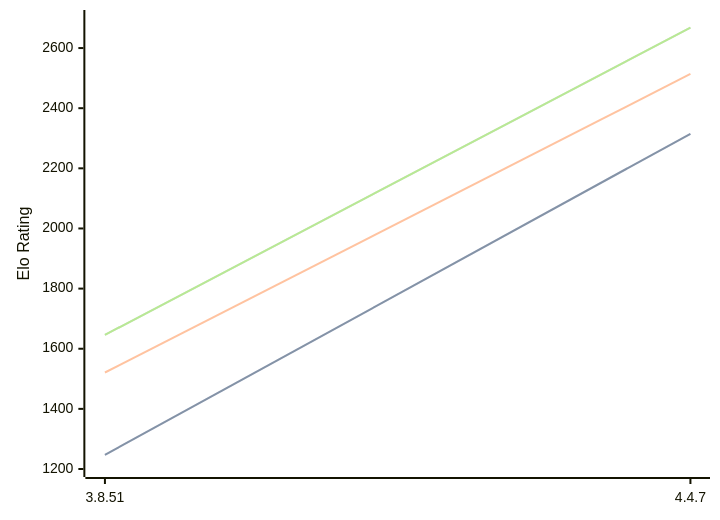
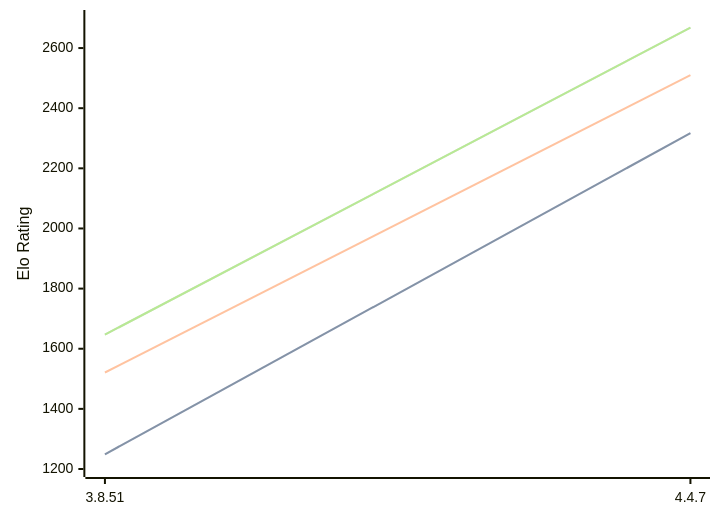
Before and after one commit to computer-chess-index/cci: the diagram in engines/Scoria.md, drawn with Mermaid. The commit also changed other lines of this file, not shown here.

Commit message:
Update CCI Ratings (ELO VLTC) - 2026-08-21

````diff
--- a/engines/Scoria.md
+++ b/engines/Scoria.md
@@ -32,11 +32,11 @@
 ```mermaid
 %%{init: {"theme":"base","themeVariables":{"seriesColors:['#a3a3a3','#222221','#faa371']}}}%%
 xychart-beta
   x-axis ["3.8.51", "4.4.7"]
   y-axis "Elo Rating" 1200 --> 2700
-  line "STC (8.0+0.08s)" [1247, 2315]
-  line "STC (8.0+0.08s)" [1247, 2315]
-  line "LTC (60.0+0.60s)" [1521, 2514]
-  line "VLTC (2m24s+1.12s)" [1646, 2668]
-  line "VLTC (2m24s+1.12s)" [1646, 2668]
+  line "STC (8.0+0.08s)" [1249, 2317]
+  line "STC (8.0+0.08s)" [1249, 2317]
+  line "LTC (60.0+0.60s)" [1521, 2510]
+  line "VLTC (2m24s+1.12s)" [1647, 2668]
+  line "VLTC (2m24s+1.12s)" [1647, 2668]
 ```
````
